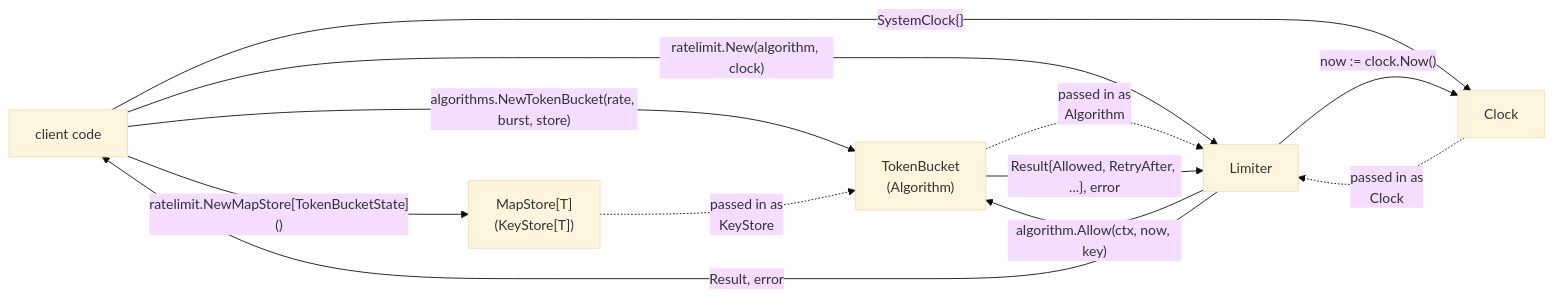
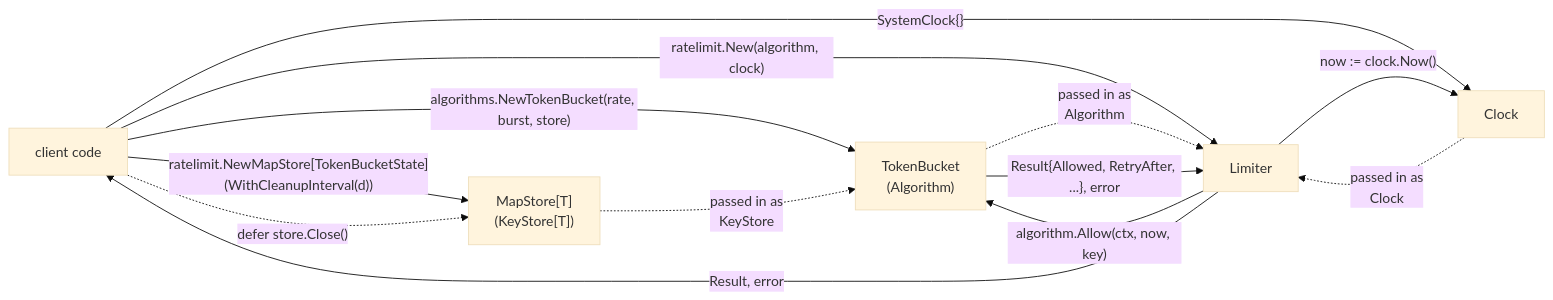
The third of 3 diagrams in docs/architecture.md (const-nash/go-rate-limiter), drawn with Mermaid (base theme) before and after one commit. The commit also changed other lines of this file and 14 other files, not shown here.

Commit message:
Introduce nanos-based time representation and state cleanup logic: refactor algorithms, `MapStore`, and `Clock` interfaces for nanosecond precision and efficient cleanup of expired entries.

````diff
--- a/docs/architecture.md
+++ b/docs/architecture.md
@@ -327,14 +414,15 @@
 ```mermaid
 flowchart LR
     A["client code"] -->|"algorithms.NewTokenBucket(rate, burst, store)"| B["TokenBucket\n(Algorithm)"]
     A -->|"ratelimit.New(algorithm, clock)"| C["Limiter"]
     A -->|"SystemClock{}"| E["Clock"]
-    A -->|"ratelimit.NewMapStore[TokenBucketState]()"| R["MapStore[T]\n(KeyStore[T])"]
+    A -->|"ratelimit.NewMapStore[TokenBucketState](WithCleanupInterval(d))"| R["MapStore[T]\n(KeyStore[T])"]
+    A -.->|"defer store.Close()"| R
     R -.->|"passed in as\nKeyStore"| B
     B -.->|"passed in as\nAlgorithm"| C
     E -.->|"passed in as\nClock"| C
     C -->|"now := clock.Now()"| E
     C -->|"algorithm.Allow(ctx, now, key)"| B
     B -->|"Result{Allowed, RetryAfter, ...}, error"| C
     C -->|"Result, error"| A
 ```
````
